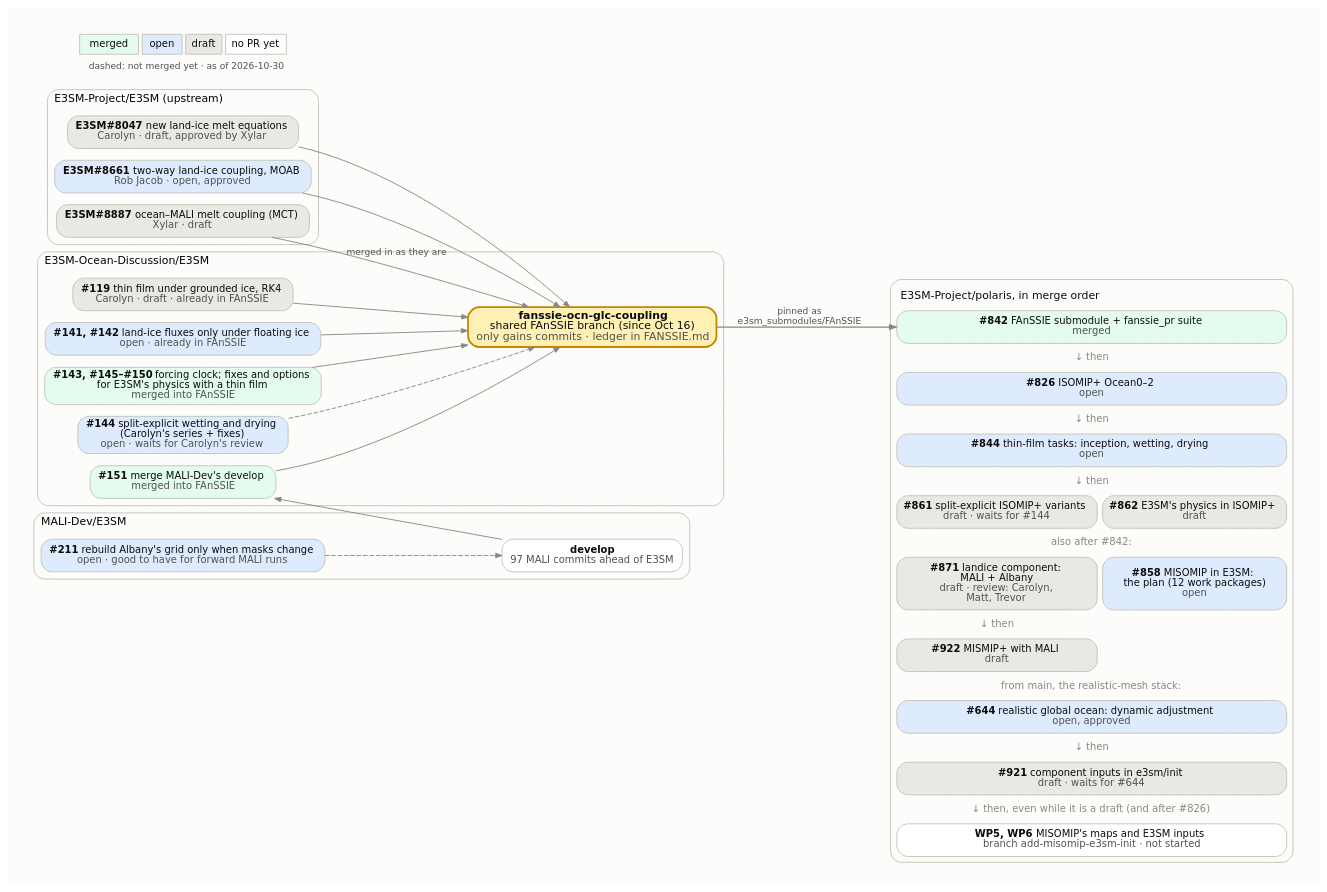
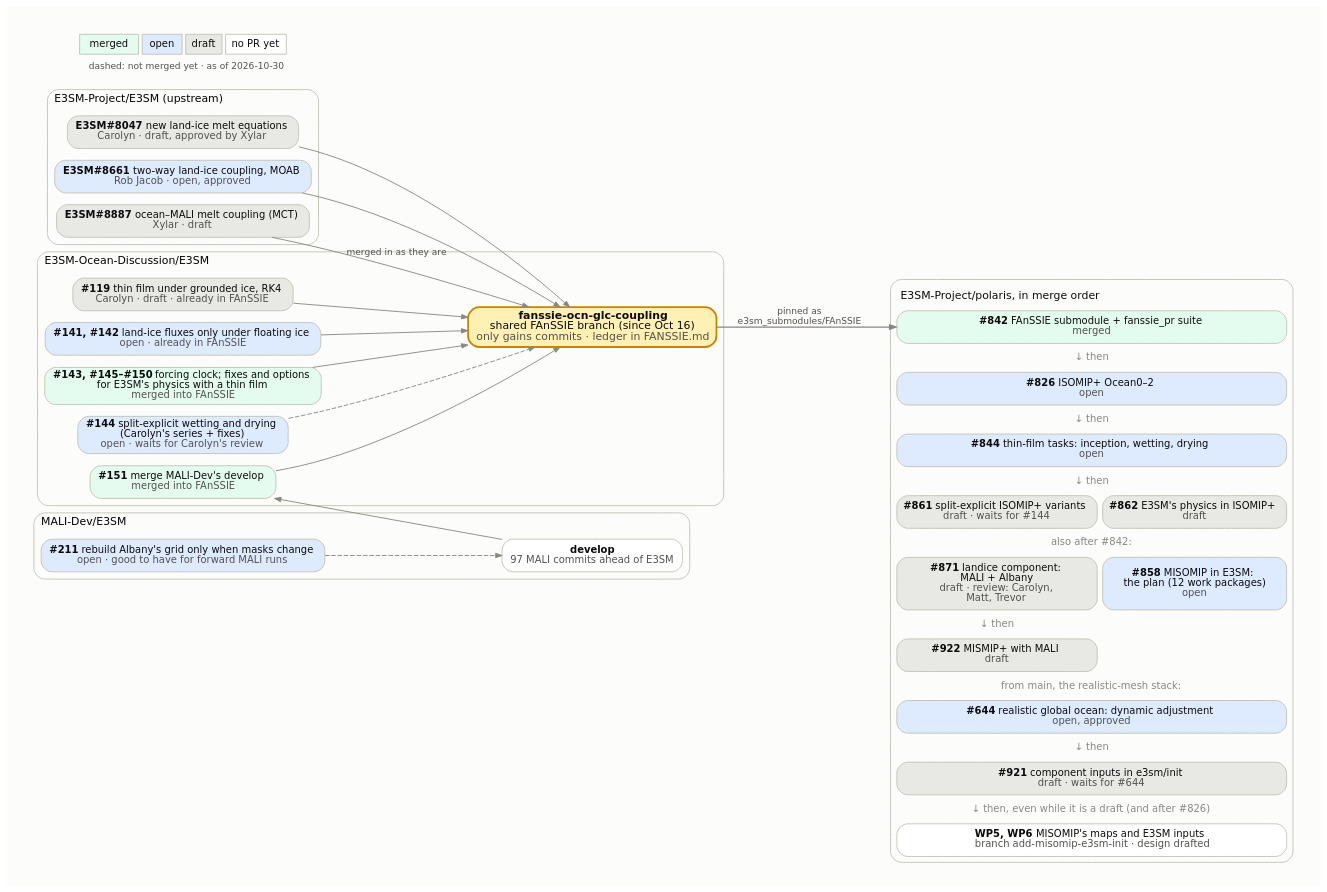
One commit to E3SM-Project/polaris changed the diagram in docs/design_docs/misomip/code_flow.dot. Above: the diagram before and after it, drawn with Graphviz. The commit also changed 3 other files, not shown here.

Commit message:
Show WP5 and WP6 as started, with a design drafted

```diff
--- a/docs/design_docs/misomip/code_flow.dot
+++ b/docs/design_docs/misomip/code_flow.dot
@@ -1,95 +1,95 @@
 // How the upstream E3SM PRs, the E3SM-Ocean-Discussion PRs, the
 // fanssie-ocn-glc-coupling branch and the Polaris PRs fit together.
 //
 // Regenerate with Graphviz 14 (Chrysalis's /usr/bin/dot 2.40 lays it out
 // wider), with the text drawn as paths so it looks the same everywhere:
 //
 //     pixi exec -s graphviz dot -Tsvg:cairo code_flow.dot -o code_flow.svg
 //
 // Fill by state: merged #e3fcef, open #deebff, draft #e8e8e4, no PR yet
 // #ffffff. Dashed edges into the FAnSSIE branch mark PRs not merged into it
 // yet. The Polaris side is one HTML-table node, in merge order, because
 // Graphviz would not keep separate boxes in that order. Update the date in
 // the legend.
 digraph fanssie {
   rankdir=LR;
   bgcolor="#fcfcfb";
   pad=0.3;
   nodesep=0.18;
   ranksep=0.7;
   fontname="DejaVu Sans";
   node [shape=box, style="rounded,filled", fontname="DejaVu Sans",
         fontsize=11, color="#c3c2b7", fontcolor="#0b0b0b", penwidth=1,
         margin="0.12,0.06"];
   edge [color="#898781", arrowsize=0.7, fontname="DejaVu Sans",
         fontsize=10, fontcolor="#52514e"];
 
   subgraph cluster_upstream {
     label="E3SM-Project/E3SM (upstream)";
     labeljust=l; fontsize=12; color="#c3c2b7"; style="rounded";
     e8047 [label=<<b>E3SM#8047</b>  new land-ice melt equations<br/><font color="#52514e">Carolyn · draft, approved by Xylar</font>>, fillcolor="#e8e8e4"];
     e8661 [label=<<b>E3SM#8661</b>  two-way land-ice coupling, MOAB<br/><font color="#52514e">Rob Jacob · open, approved</font>>, fillcolor="#deebff"];
     e8887 [label=<<b>E3SM#8887</b>  ocean–MALI melt coupling (MCT)<br/><font color="#52514e">Xylar · draft</font>>, fillcolor="#e8e8e4"];
   }
 
   subgraph cluster_malidev {
     label="MALI-Dev/E3SM";
     labeljust=l; fontsize=12; color="#c3c2b7"; style="rounded";
     malidev [label=<<b>develop</b><br/><font color="#52514e">97 MALI commits ahead of E3SM</font>>, fillcolor="#ffffff"];
     m211 [label=<<b>#211</b>  rebuild Albany's grid only when masks change<br/><font color="#52514e">open · good to have for forward MALI runs</font>>, fillcolor="#deebff"];
   }
 
   subgraph cluster_eod {
     label="E3SM-Ocean-Discussion/E3SM";
     labeljust=l; fontsize=12; color="#c3c2b7"; style="rounded";
     d119 [label=<<b>#119</b>  thin film under grounded ice, RK4<br/><font color="#52514e">Carolyn · draft · already in FAnSSIE</font>>, fillcolor="#e8e8e4"];
     d141 [label=<<b>#141, #142</b>  land-ice fluxes only under floating ice<br/><font color="#52514e">open · already in FAnSSIE</font>>, fillcolor="#deebff"];
     d143 [label=<<b>#143, #145–#150</b>  forcing clock; fixes and options<br/>for E3SM's physics with a thin film<br/><font color="#52514e">merged into FAnSSIE</font>>, fillcolor="#e3fcef"];
     d144 [label=<<b>#144</b>  split-explicit wetting and drying<br/>(Carolyn's series + fixes)<br/><font color="#52514e">open · waits for Carolyn's review</font>>, fillcolor="#deebff"];
     d151 [label=<<b>#151</b>  merge MALI-Dev's develop<br/><font color="#52514e">merged into FAnSSIE</font>>, fillcolor="#e3fcef"];
     fanssie [label=<<b>fanssie-ocn-glc-coupling</b><br/>shared FAnSSIE branch (since Oct 16)<br/><font color="#52514e">only gains commits · ledger in FANSSIE.md</font>>,
              fillcolor="#fff0b3", penwidth=2, color="#c98500", fontsize=12];
   }
 
   polaris [shape=plaintext, style="", label=<
     <table border="1" color="#c3c2b7" style="rounded" cellborder="1" cellspacing="6" cellpadding="4" bgcolor="#fcfcfb">
       <tr><td border="0" colspan="2" align="left"><font point-size="12">E3SM-Project/polaris, in merge order</font></td></tr>
       <tr><td port="p842" bgcolor="#e3fcef" colspan="2" style="rounded" cellpadding="6"><b>#842</b>  FAnSSIE submodule + fanssie_pr suite<br/><font color="#52514e">merged</font></td></tr>
       <tr><td border="0" colspan="2"><font color="#898781">↓ then</font></td></tr>
       <tr><td port="p826" bgcolor="#deebff" colspan="2" style="rounded" cellpadding="6"><b>#826</b>  ISOMIP+ Ocean0–2<br/><font color="#52514e">open</font></td></tr>
       <tr><td border="0" colspan="2"><font color="#898781">↓ then</font></td></tr>
       <tr><td port="p844" bgcolor="#deebff" colspan="2" style="rounded" cellpadding="6"><b>#844</b>  thin-film tasks: inception, wetting, drying<br/><font color="#52514e">open</font></td></tr>
       <tr><td border="0" colspan="2"><font color="#898781">↓ then</font></td></tr>
       <tr><td port="p861" bgcolor="#e8e8e4" colspan="1" style="rounded" cellpadding="6"><b>#861</b>  split-explicit ISOMIP+ variants<br/><font color="#52514e">draft · waits for #144</font></td><td port="p862" bgcolor="#e8e8e4" colspan="1" style="rounded" cellpadding="6"><b>#862</b>  E3SM's physics in ISOMIP+<br/><font color="#52514e">draft</font></td></tr>
       <tr><td border="0" colspan="2"><font color="#898781">also after #842:</font></td></tr>
       <tr><td port="p871" bgcolor="#e8e8e4" colspan="1" style="rounded" cellpadding="6"><b>#871</b>  landice component:<br/>MALI + Albany<br/><font color="#52514e">draft · review: Carolyn,<br/>Matt, Trevor</font></td><td port="p858" bgcolor="#deebff" colspan="1" style="rounded" cellpadding="6"><b>#858</b>  MISOMIP in E3SM:<br/>the plan (12 work packages)<br/><font color="#52514e">open</font></td></tr>
       <tr><td border="0" colspan="1"><font color="#898781">↓ then</font></td><td border="0" colspan="1"></td></tr>
       <tr><td port="p922" bgcolor="#e8e8e4" colspan="1" style="rounded" cellpadding="6"><b>#922</b>  MISMIP+ with MALI<br/><font color="#52514e">draft</font></td><td border="0" colspan="1"></td></tr>
       <tr><td border="0" colspan="2"><font color="#898781">from main, the realistic-mesh stack:</font></td></tr>
       <tr><td port="p644" bgcolor="#deebff" colspan="2" style="rounded" cellpadding="6"><b>#644</b>  realistic global ocean: dynamic adjustment<br/><font color="#52514e">open, approved</font></td></tr>
       <tr><td border="0" colspan="2"><font color="#898781">↓ then</font></td></tr>
       <tr><td port="p921" bgcolor="#e8e8e4" colspan="2" style="rounded" cellpadding="6"><b>#921</b>  component inputs in e3sm/init<br/><font color="#52514e">draft · waits for #644</font></td></tr>
       <tr><td border="0" colspan="2"><font color="#898781">↓ then, even while it is a draft (and after #826)</font></td></tr>
-      <tr><td port="pwp56" bgcolor="#ffffff" colspan="2" style="rounded" cellpadding="6"><b>WP5, WP6</b>  MISOMIP's maps and E3SM inputs<br/><font color="#52514e">branch add-misomip-e3sm-init · not started</font></td></tr>
+      <tr><td port="pwp56" bgcolor="#ffffff" colspan="2" style="rounded" cellpadding="6"><b>WP5, WP6</b>  MISOMIP's maps and E3SM inputs<br/><font color="#52514e">branch add-misomip-e3sm-init · design drafted</font></td></tr>
     </table>>];
 
   e8047 -> fanssie;
   e8661 -> fanssie;
   e8887 -> fanssie [label="merged in as they are"];
   d119 -> fanssie;
   d141 -> fanssie;
   d143 -> fanssie;
   d144 -> fanssie [style=dashed];
   m211 -> malidev [style=dashed];
   malidev -> d151 [constraint=false];
   d151 -> fanssie;
 
   fanssie -> polaris:p842 [label="pinned as
 e3sm_submodules/FAnSSIE", penwidth=1.5];
 
   legend [shape=plaintext, style="", label=<
     <table border="0" cellborder="1" cellspacing="4" cellpadding="4" color="#c3c2b7">
       <tr><td bgcolor="#e3fcef">merged</td><td bgcolor="#deebff">open</td><td bgcolor="#e8e8e4">draft</td><td bgcolor="#ffffff">no PR yet</td></tr>
       <tr><td colspan="4" border="0"><font point-size="10" color="#52514e">dashed: not merged yet · as of 2026-10-30</font></td></tr>
     </table>>];
 }
```
